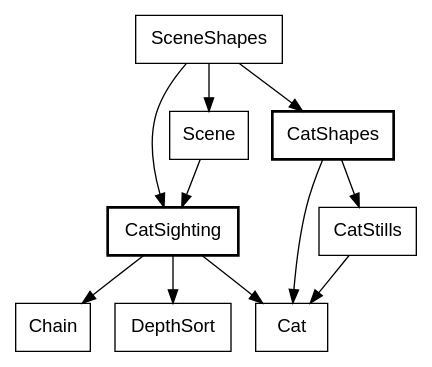
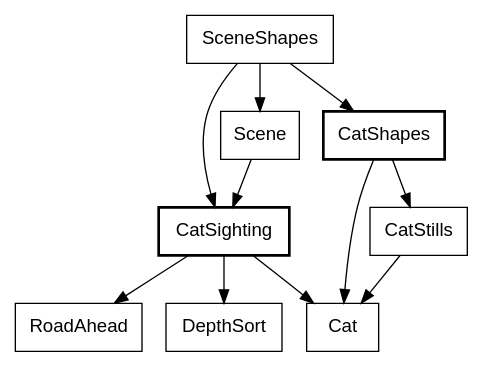
One commit to showell/roc-apps changed diagram 24 of 34 in canvas_apps/safari/tutorial/tutorial.md. Above: the diagram before and after it, drawn with Graphviz. The commit also changed other lines of this file, not shown here.

First line of the commit message:
book: the road ahead, where the prose said the chain

````diff
--- a/canvas_apps/safari/tutorial/tutorial.md
+++ b/canvas_apps/safari/tutorial/tutorial.md
@@ -2005,17 +2005,17 @@
 ```dot
 digraph screen {
   node [shape=box, fontname="Helvetica"];
   CatSighting [style=bold];
   CatShapes [style=bold];
   SceneShapes -> Scene;
   SceneShapes -> CatShapes;
   SceneShapes -> CatSighting;
   Scene -> CatSighting;
   CatSighting -> Cat;
-  CatSighting -> Chain;
+  CatSighting -> RoadAhead;
   CatSighting -> DepthSort;
   CatShapes -> Cat;
   CatShapes -> CatStills;
   CatStills -> Cat;
 }
 ```
````
